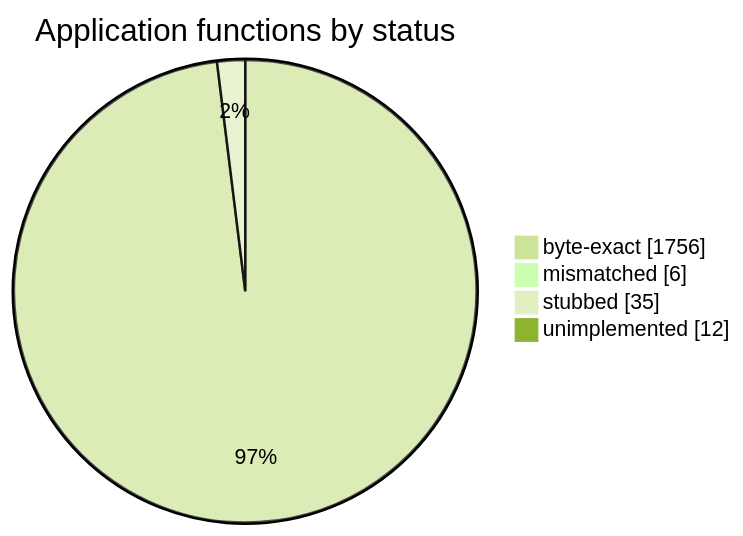
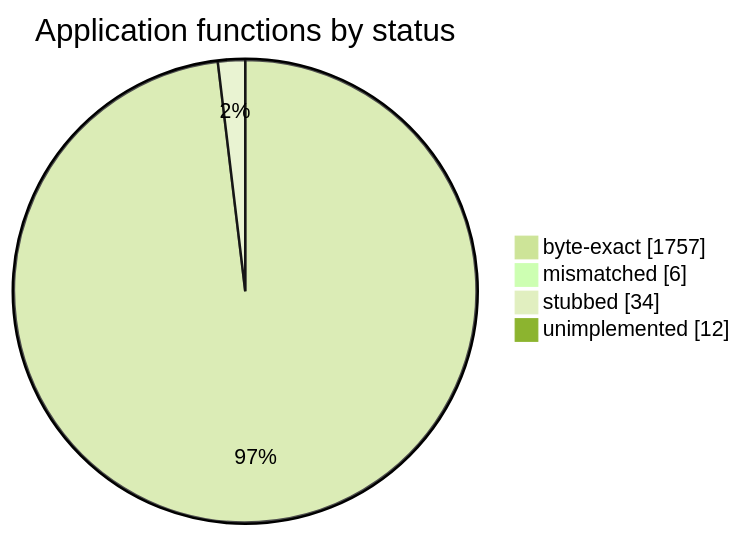
One commit to sorokya/eos changed the diagram in README.md. Above: the diagram before and after it, drawn with Mermaid (forest theme). The commit also changed other lines of this file and 5 other files, not shown here.

````diff
--- a/README.md
+++ b/README.md
@@ -154,8 +154,8 @@
 ```mermaid
 pie showData
     title Application functions by status
-    "byte-exact" : 1756
+    "byte-exact" : 1757
     "mismatched" : 6
-    "stubbed" : 35
+    "stubbed" : 34
     "unimplemented" : 12
 ```
````
